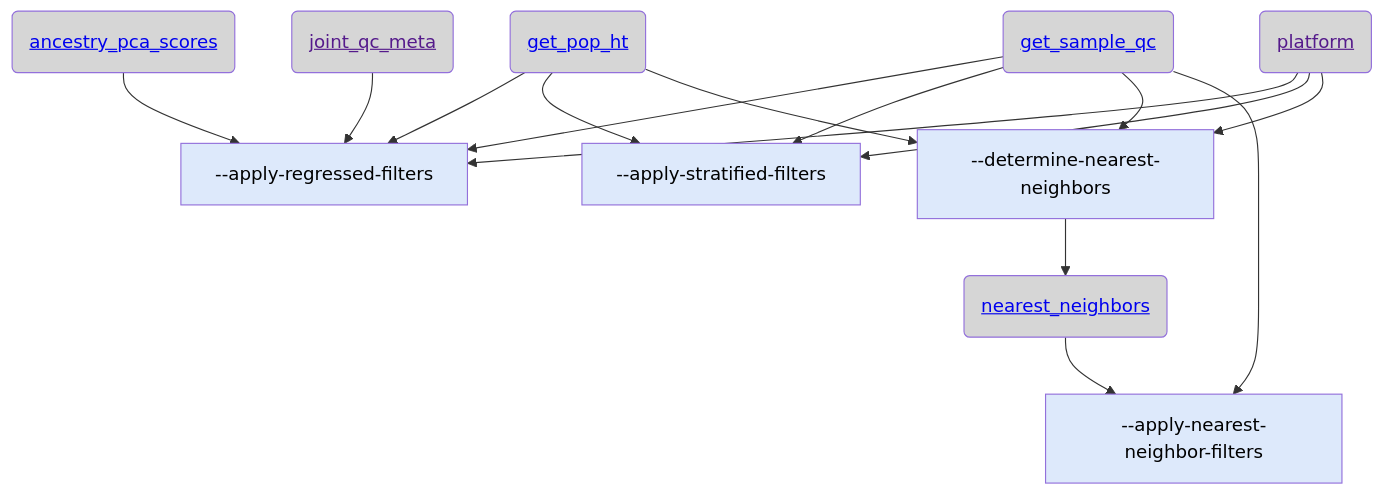
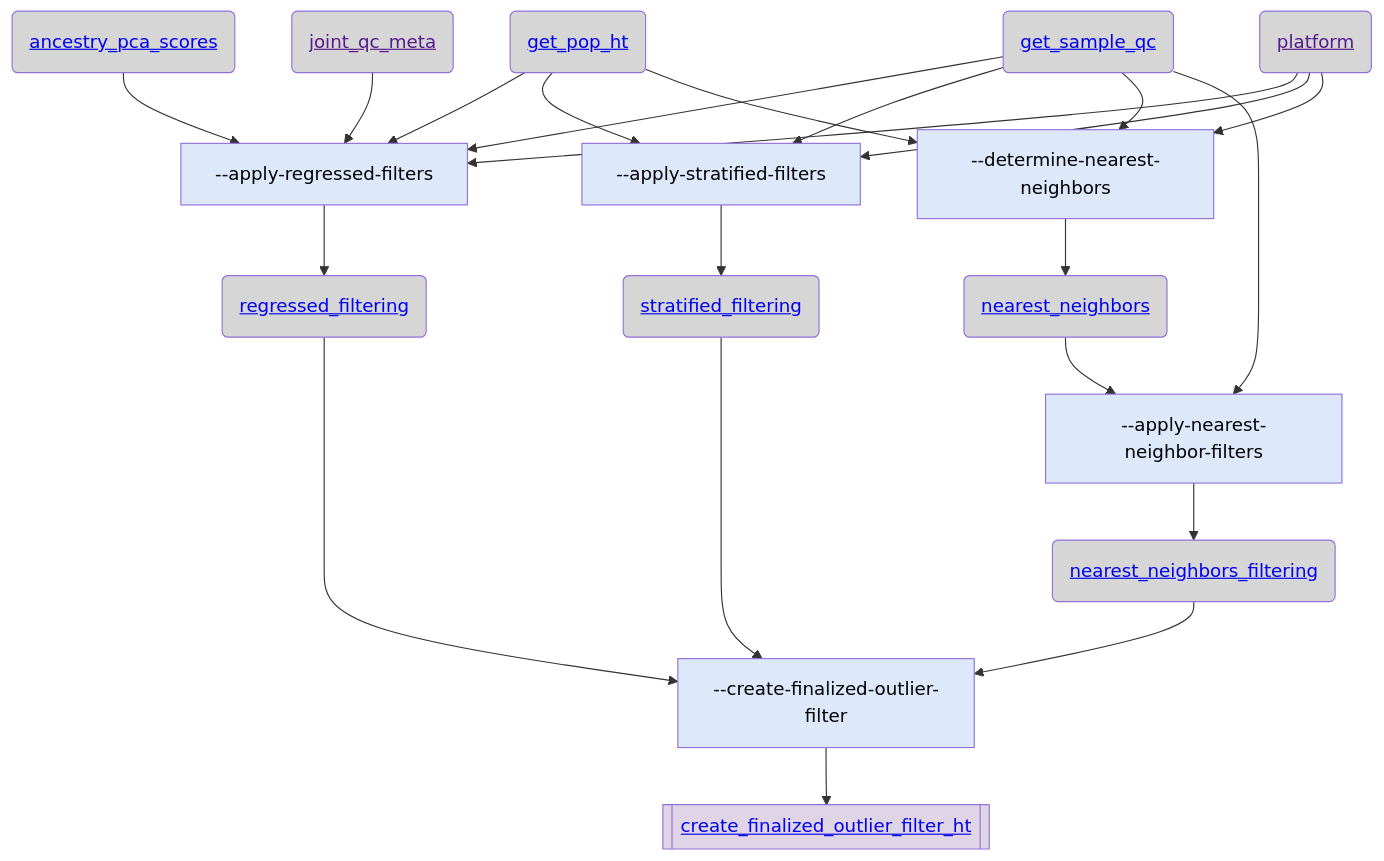
The third of 4 diagrams in gnomad_qc/v4/sample_qc/README.md (broadinstitute/gnomad_qc), drawn with Mermaid before and after one commit. The commit also changed other lines of this file and 3 other files, not shown here.

````diff
--- a/gnomad_qc/v4/sample_qc/README.md
+++ b/gnomad_qc/v4/sample_qc/README.md
@@ -259,33 +280,47 @@
 ```mermaid
 flowchart TB;
   classDef script_color fill:#2C5D4A,color:#000000
   classDef step_color fill:#DDE9FB,color:#000000
   classDef func_color fill:#E0D5E6,color:#000000
   classDef gnomad_methods_color fill:#F9F2CE,color:#000000
   classDef hail_color fill:#FAEACE,color:#000000
   classDef resource_color fill:#D6D6D6,color:#000000
   classDef validity_check_color fill:#2C5D4A,color:#000000
+
   resource_get_sample_qc("<a href='https://github.com/broadinstitute/gnomad_qc/tree/main/gnomad_qc/v4/resources/sample_qc.py#L44'>get_sample_qc</a>"):::resource_color;
   step_apply_regressed_filters["--apply-regressed-filters"]:::step_color;
   resource_ancestry_pca_scores("<a href='https://github.com/broadinstitute/gnomad_qc/tree/main/gnomad_qc/v4/resources/sample_qc.py#L624'>ancestry_pca_scores</a>"):::resource_color;
   resource_get_pop_ht("<a href='https://github.com/broadinstitute/gnomad_qc/tree/main/gnomad_qc/v4/resources/sample_qc.py#L698'>get_pop_ht</a>"):::resource_color;
   resource_platform("<a href=''>platform</a>"):::resource_color;
   resource_joint_qc_meta("<a href=''>joint_qc_meta</a>"):::resource_color;
+  resource_regressed_filtering("<a href='https://github.com/broadinstitute/gnomad_qc/tree/main/gnomad_qc/v4/resources/sample_qc.py#L780'>regressed_filtering</a>"):::resource_color;
+  step_create_finalized_outlier_filter["--create-finalized-outlier-filter"]:::step_color;
+  func_create_finalized_outlier_filter_ht[["<a href='https://github.com/broadinstitute/gnomad_qc/tree/main/gnomad_qc/v4/sample_qc/outlier_filtering.py#L587'>create_finalized_outlier_filter_ht</a>"]]:::func_color;
   step_apply_stratified_filters["--apply-stratified-filters"]:::step_color;
+  resource_stratified_filtering("<a href='https://github.com/broadinstitute/gnomad_qc/tree/main/gnomad_qc/v4/resources/sample_qc.py#L749'>stratified_filtering</a>"):::resource_color;
+  step_apply_nearest_neighbor_filters["--apply-nearest-neighbor-filters"]:::step_color;
+  resource_nearest_neighbors_filtering("<a href='https://github.com/broadinstitute/gnomad_qc/tree/main/gnomad_qc/v4/resources/sample_qc.py#L856'>nearest_neighbors_filtering</a>"):::resource_color;
   step_determine_nearest_neighbors["--determine-nearest-neighbors"]:::step_color;
   resource_nearest_neighbors("<a href='https://github.com/broadinstitute/gnomad_qc/tree/main/gnomad_qc/v4/resources/sample_qc.py#L820'>nearest_neighbors</a>"):::resource_color;
-  step_apply_nearest_neighbor_filters["--apply-nearest-neighbor-filters"]:::step_color;  resource_get_sample_qc --> step_apply_regressed_filters;
+  resource_get_sample_qc --> step_apply_regressed_filters;
   resource_ancestry_pca_scores --> step_apply_regressed_filters;
   resource_get_pop_ht --> step_apply_regressed_filters;
   resource_platform --> step_apply_regressed_filters;
   resource_joint_qc_meta --> step_apply_regressed_filters;
+  step_apply_regressed_filters --> resource_regressed_filtering;
+  resource_regressed_filtering --> step_create_finalized_outlier_filter;
+  step_create_finalized_outlier_filter --> func_create_finalized_outlier_filter_ht;
+  step_apply_stratified_filters --> resource_stratified_filtering;
+  resource_stratified_filtering --> step_create_finalized_outlier_filter;
+  step_apply_nearest_neighbor_filters --> resource_nearest_neighbors_filtering;
+  resource_nearest_neighbors_filtering --> step_create_finalized_outlier_filter;
   resource_get_sample_qc --> step_apply_stratified_filters;
   resource_get_pop_ht --> step_apply_stratified_filters;
   resource_platform --> step_apply_stratified_filters;
   resource_get_sample_qc --> step_determine_nearest_neighbors;
   resource_get_pop_ht --> step_determine_nearest_neighbors;
   resource_platform --> step_determine_nearest_neighbors;
   step_determine_nearest_neighbors --> resource_nearest_neighbors;
   resource_nearest_neighbors --> step_apply_nearest_neighbor_filters;
   resource_get_sample_qc --> step_apply_nearest_neighbor_filters;
 ```
````
